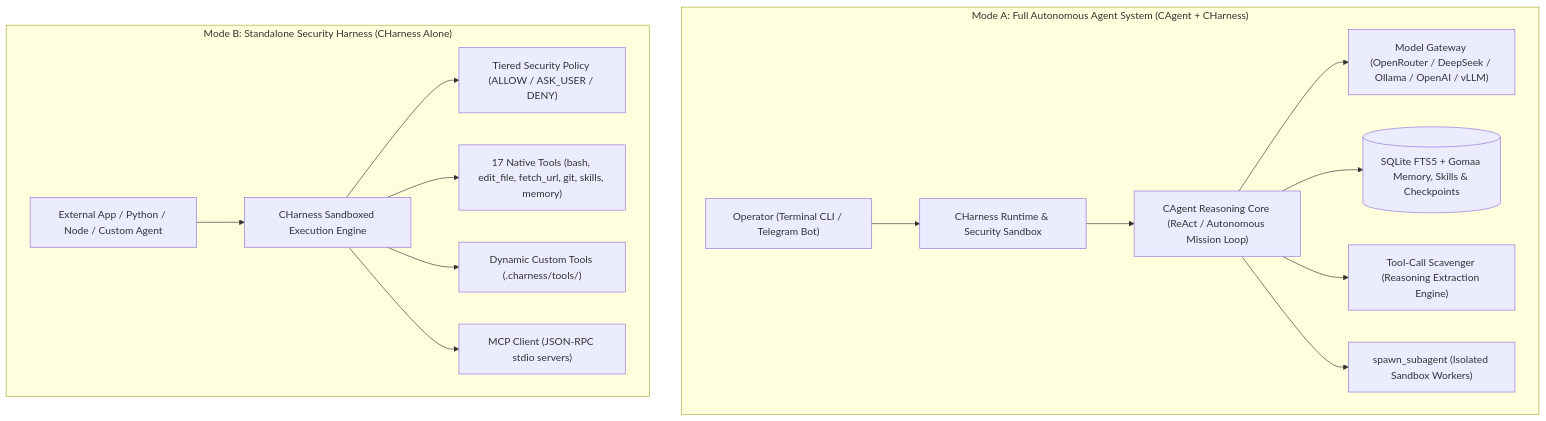
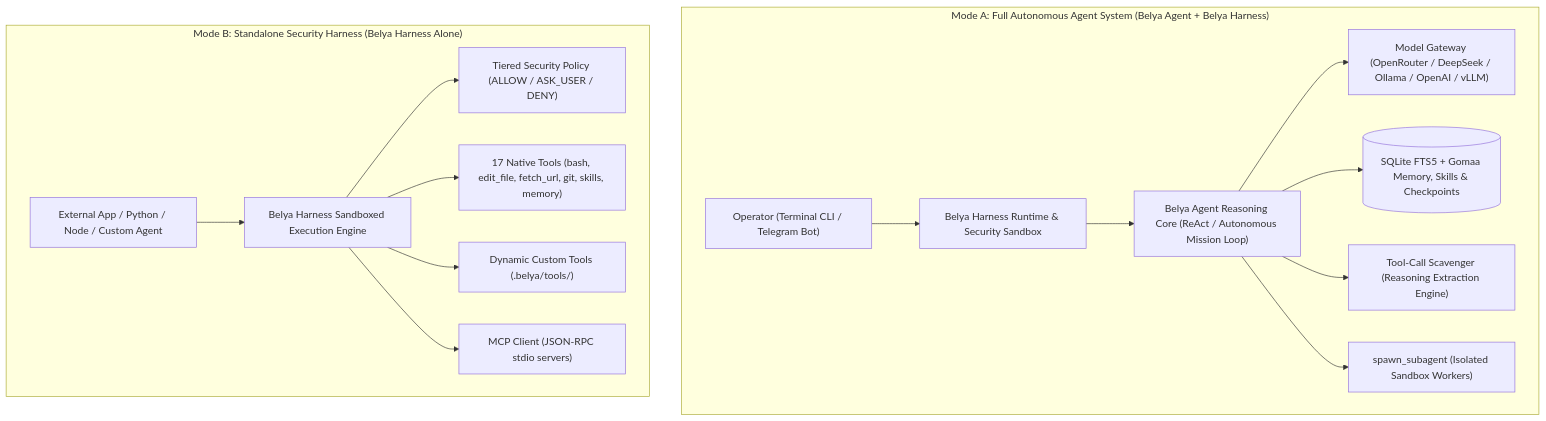
Before and after one commit to M4F-S/Belya: the first of 2 diagrams in README.md, drawn with Mermaid. The commit also changed other lines of this file and 22 other files, not shown here.

Commit message:
feat(rebrand): officially rename project, agent, harness, binary, and service to Belya

````diff
--- a/README.md
+++ b/README.md
@@ -49,19 +49,19 @@
 ```mermaid
 graph TD
-    subgraph "Mode A: Full Autonomous Agent System (CAgent + CHarness)"
-        User["Operator (Terminal CLI / Telegram Bot)"] --> H["CHarness Runtime & Security Sandbox"]
-        H --> A["CAgent Reasoning Core (ReAct / Autonomous Mission Loop)"]
+    subgraph "Mode A: Full Autonomous Agent System (Belya Agent + Belya Harness)"
+        User["Operator (Terminal CLI / Telegram Bot)"] --> H["Belya Harness Runtime & Security Sandbox"]
+        H --> A["Belya Agent Reasoning Core (ReAct / Autonomous Mission Loop)"]
         A --> GW["Model Gateway (OpenRouter / DeepSeek / Ollama / OpenAI / vLLM)"]
         A --> DB[("SQLite FTS5 + Gomaa Memory, Skills & Checkpoints")]
         A --> SCAV["Tool-Call Scavenger (Reasoning Extraction Engine)"]
         A --> SUB["spawn_subagent (Isolated Sandbox Workers)"]
     end
 
-    subgraph "Mode B: Standalone Security Harness (CHarness Alone)"
-        Ext["External App / Python / Node / Custom Agent"] --> H2["CHarness Sandboxed Execution Engine"]
+    subgraph "Mode B: Standalone Security Harness (Belya Harness Alone)"
+        Ext["External App / Python / Node / Custom Agent"] --> H2["Belya Harness Sandboxed Execution Engine"]
         H2 --> SEC["Tiered Security Policy (ALLOW / ASK_USER / DENY)"]
         H2 --> T1["17 Native Tools (bash, edit_file, fetch_url, git, skills, memory)"]
-        H2 --> T2["Dynamic Custom Tools (.charness/tools/)"]
+        H2 --> T2["Dynamic Custom Tools (.belya/tools/)"]
         H2 --> T3["MCP Client (JSON-RPC stdio servers)"]
     end
 ```
````
